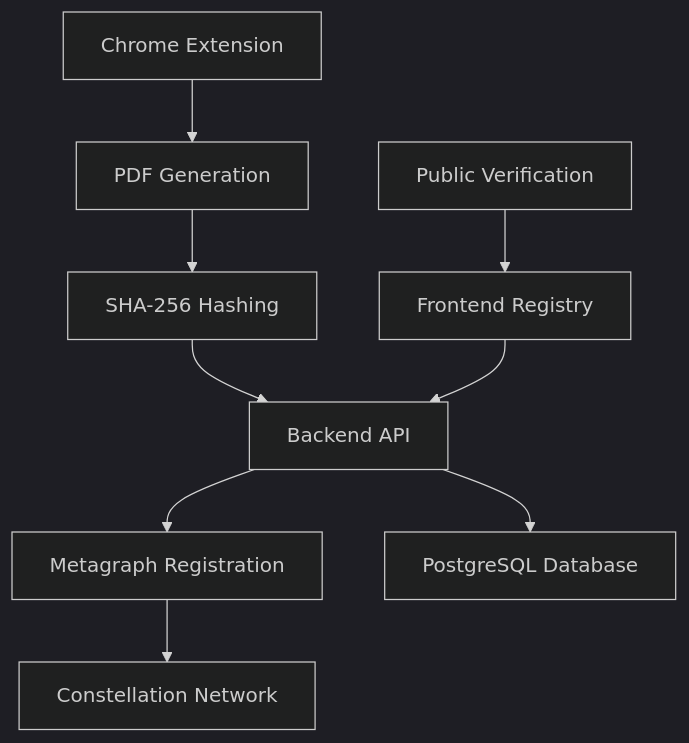
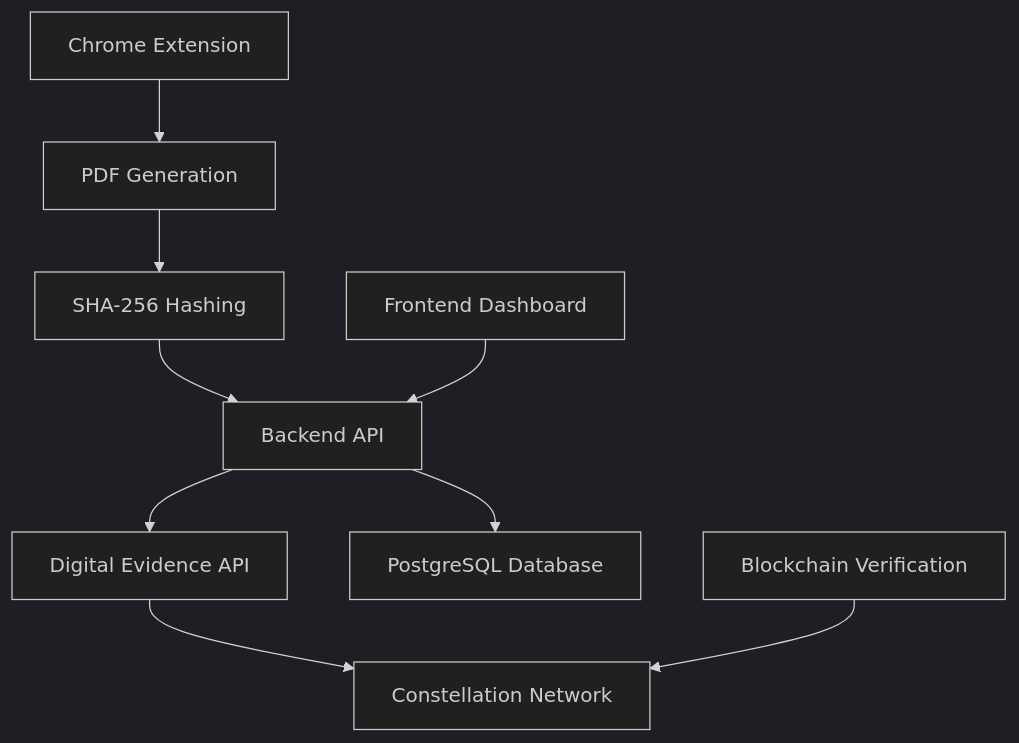
One commit to evidenceonline/ProofVault changed the diagram in README.md. Above: the diagram before and after it, drawn with Mermaid (dark theme). The commit also changed other lines of this file, not shown here.

First line of the commit message:
Update README.md for Digital Evidence API implementation

````diff
--- a/README.md
+++ b/README.md
@@ -105,11 +118,11 @@
 ```mermaid
 graph TB
     A[Chrome Extension] --> B[PDF Generation]
     B --> C[SHA-256 Hashing]
     C --> D[Backend API]
-    D --> E[Metagraph Registration]
+    D --> E[Digital Evidence API]
     E --> F[Constellation Network]
     D --> G[PostgreSQL Database]
-    H[Frontend Registry] --> D
-    I[Public Verification] --> H
+    H[Frontend Dashboard] --> D
+    I[Blockchain Verification] --> F
 ```
````
